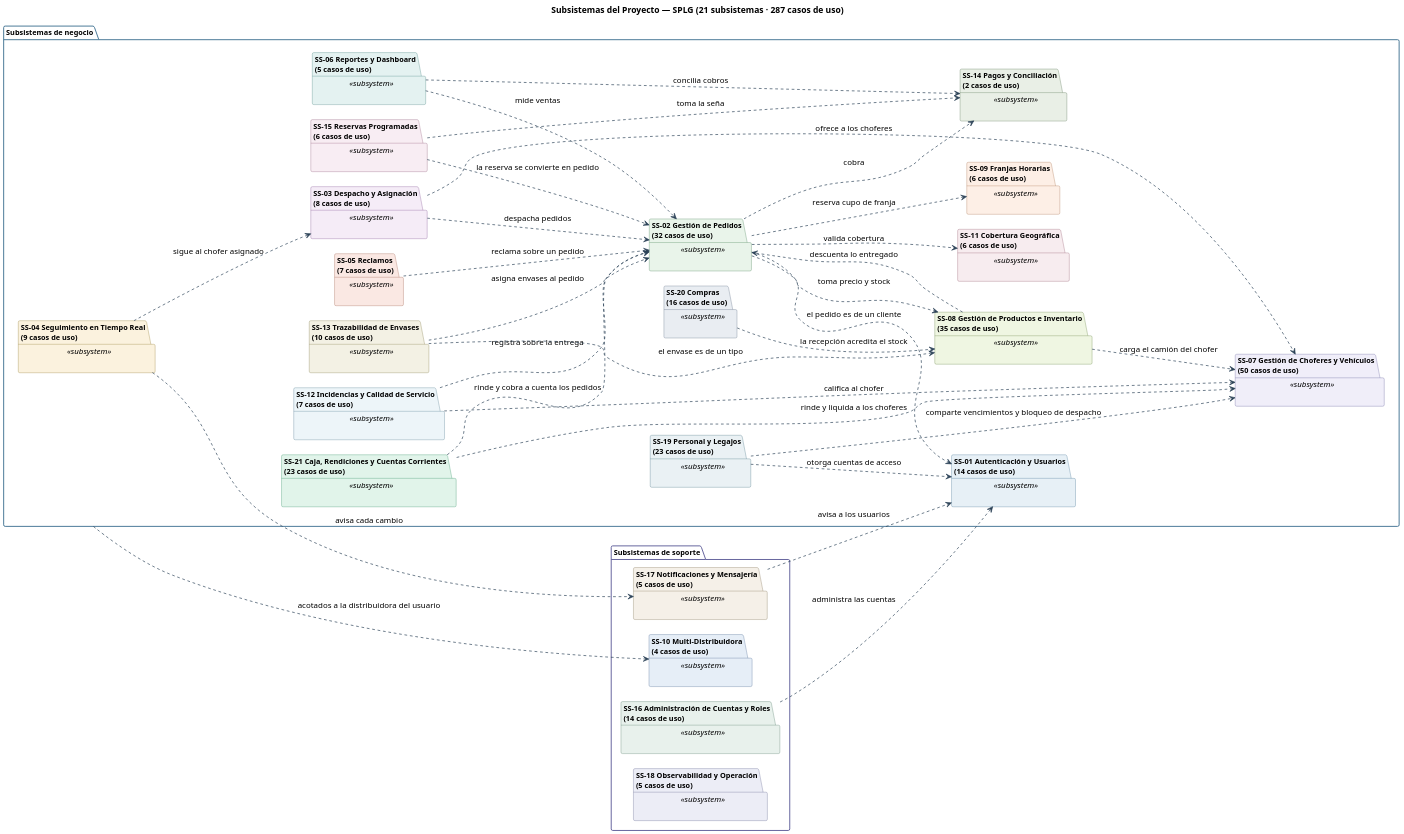
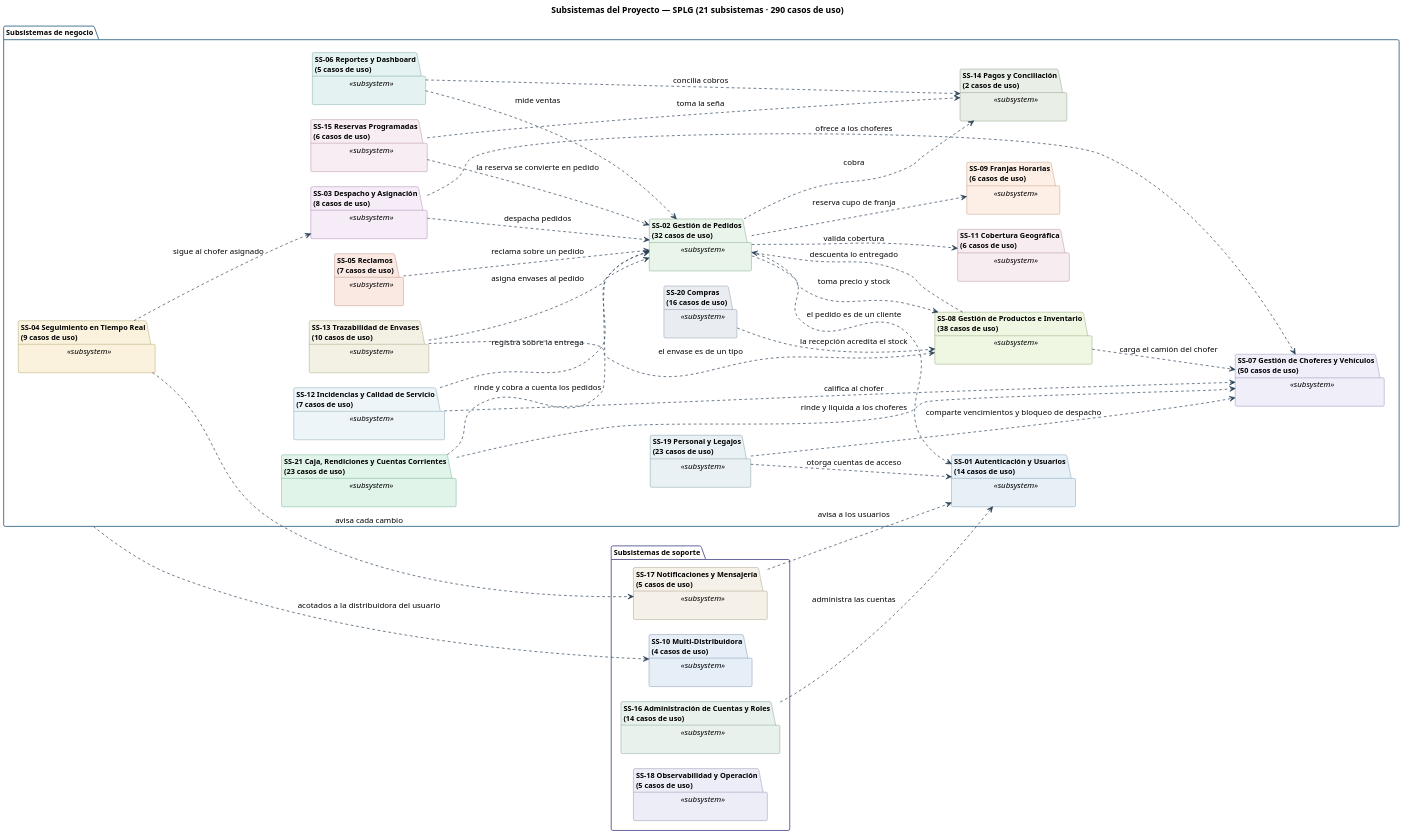
One commit to Nahuelito-Dev/splg-docs changed the diagram in diagramas/uml/CU_Sistema_Subsistemas.puml. Above: the diagram before and after it, drawn with PlantUML. The commit also changed 389 other files, not shown here.

```diff
--- a/diagramas/uml/CU_Sistema_Subsistemas.puml
+++ b/diagramas/uml/CU_Sistema_Subsistemas.puml
@@ -1,112 +1,112 @@
 @startuml
-title Subsistemas del Proyecto — SPLG (21 subsistemas · 287 casos de uso)
+title Subsistemas del Proyecto — SPLG (21 subsistemas · 290 casos de uso)
 skinparam backgroundColor #FFFFFF
 skinparam shadowing false
 skinparam defaultFontName Helvetica
 skinparam defaultFontSize 13
 skinparam dpi 150
 skinparam ArrowColor #2C4257
 skinparam ArrowThickness 1.1
 skinparam actor {
   BorderColor #2C4257
   BackgroundColor #E8EDF2
   FontSize 13
   FontStyle bold
 }
 skinparam usecase {
   BorderColor #2C4257
   BackgroundColor #FFFFFF
   FontSize 12
 }
 skinparam rectangle {
   BorderColor #6B7683
   FontSize 14
   FontStyle bold
 }
 
 skinparam nodesep 25
 skinparam ranksep 55
 skinparam package {
   BorderColor #2C4257
   FontSize 12
 }
 
 left to right direction
 
 package "Subsistemas de negocio" as GNEG #back:FFFFFF;line:3C6E8F {
   package "SS-01 Autenticación y Usuarios\n(14 casos de uso)" as MSS01 <<subsystem>> #back:E7F0F6;line:3C6E8F {
   }
   package "SS-02 Gestión de Pedidos\n(32 casos de uso)" as MSS02 <<subsystem>> #back:E9F4EA;line:3F7A50 {
   }
   package "SS-03 Despacho y Asignación\n(8 casos de uso)" as MSS03 <<subsystem>> #back:F5ECF7;line:7B4B8A {
   }
   package "SS-04 Seguimiento en Tiempo Real\n(9 casos de uso)" as MSS04 <<subsystem>> #back:FBF2DE;line:8A7326 {
   }
   package "SS-05 Reclamos\n(7 casos de uso)" as MSS05 <<subsystem>> #back:FAE8E3;line:9C5A46 {
   }
   package "SS-06 Reportes y Dashboard\n(5 casos de uso)" as MSS06 <<subsystem>> #back:E4F2F1;line:3E7C79 {
   }
   package "SS-07 Gestión de Choferes y Vehículos\n(50 casos de uso)" as MSS07 <<subsystem>> #back:F0EEF9;line:5A5896 {
   }
-  package "SS-08 Gestión de Productos e Inventario\n(35 casos de uso)" as MSS08 <<subsystem>> #back:EFF6E2;line:5E7A3A {
+  package "SS-08 Gestión de Productos e Inventario\n(38 casos de uso)" as MSS08 <<subsystem>> #back:EFF6E2;line:5E7A3A {
   }
   package "SS-09 Franjas Horarias\n(6 casos de uso)" as MSS09 <<subsystem>> #back:FDEFE6;line:A26A45 {
   }
   package "SS-11 Cobertura Geográfica\n(6 casos de uso)" as MSS11 <<subsystem>> #back:F7ECEF;line:8E5566 {
   }
   package "SS-12 Incidencias y Calidad de Servicio\n(7 casos de uso)" as MSS12 <<subsystem>> #back:EDF5F9;line:4A7488 {
   }
   package "SS-13 Trazabilidad de Envases\n(10 casos de uso)" as MSS13 <<subsystem>> #back:F3F1E4;line:7A7340 {
   }
   package "SS-14 Pagos y Conciliación\n(2 casos de uso)" as MSS14 <<subsystem>> #back:E9EFE6;line:4E6B4A {
   }
   package "SS-15 Reservas Programadas\n(6 casos de uso)" as MSS15 <<subsystem>> #back:F8EDF3;line:8A5674 {
   }
   package "SS-19 Personal y Legajos\n(23 casos de uso)" as MSS19 <<subsystem>> #back:EAF1F4;line:3D6B7A {
   }
   package "SS-20 Compras\n(16 casos de uso)" as MSS20 <<subsystem>> #back:E9EDF2;line:55657A {
   }
   package "SS-21 Caja, Rendiciones y Cuentas Corrientes\n(23 casos de uso)" as MSS21 <<subsystem>> #back:E1F4EA;line:2A8A5C {
   }
 }
 package "Subsistemas de soporte" as GSOP #back:FFFFFF;line:5A5896 {
   package "SS-10 Multi-Distribuidora\n(4 casos de uso)" as MSS10 <<subsystem>> #back:E6EEF7;line:44608B {
   }
   package "SS-16 Administración de Cuentas y Roles\n(14 casos de uso)" as MSS16 <<subsystem>> #back:E8F1EC;line:4B7560 {
   }
   package "SS-17 Notificaciones y Mensajería\n(5 casos de uso)" as MSS17 <<subsystem>> #back:F5F0E8;line:7C6B4C {
   }
   package "SS-18 Observabilidad y Operación\n(5 casos de uso)" as MSS18 <<subsystem>> #back:ECEDF6;line:5B5F87 {
   }
 }
 
 MSS02 ..> MSS01 : el pedido es de un cliente
 MSS02 ..> MSS08 : toma precio y stock
 MSS02 ..> MSS09 : reserva cupo de franja
 MSS02 ..> MSS11 : valida cobertura
 MSS02 ..> MSS14 : cobra
 MSS03 ..> MSS02 : despacha pedidos
 MSS03 ..> MSS07 : ofrece a los choferes
 MSS04 ..> MSS03 : sigue al chofer asignado
 MSS04 ..> MSS17 : avisa cada cambio
 MSS05 ..> MSS02 : reclama sobre un pedido
 MSS06 ..> MSS02 : mide ventas
 MSS06 ..> MSS14 : concilia cobros
 MSS12 ..> MSS02 : registra sobre la entrega
 MSS12 ..> MSS07 : califica al chofer
 MSS13 ..> MSS02 : asigna envases al pedido
 MSS13 ..> MSS08 : el envase es de un tipo
 MSS15 ..> MSS02 : la reserva se convierte en pedido
 MSS15 ..> MSS14 : toma la seña
 MSS19 ..> MSS01 : otorga cuentas de acceso
 MSS19 ..> MSS07 : comparte vencimientos y bloqueo de despacho
 MSS20 ..> MSS08 : la recepción acredita el stock
 MSS08 ..> MSS02 : descuenta lo entregado
 MSS08 ..> MSS07 : carga el camión del chofer
 MSS16 ..> MSS01 : administra las cuentas
 MSS17 ..> MSS01 : avisa a los usuarios
 MSS21 ..> MSS02 : rinde y cobra a cuenta los pedidos
 MSS21 ..> MSS07 : rinde y liquida a los choferes
 GNEG ..> MSS10 : acotados a la distribuidora del usuario
 
 @enduml
```
